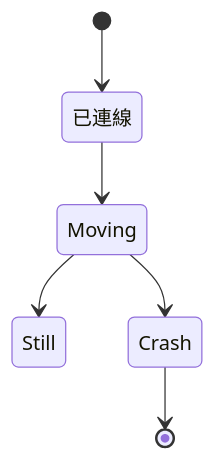
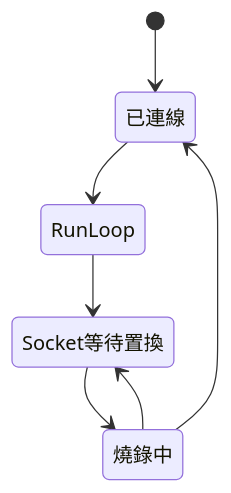
Before and after one commit to tomjpsun/obsidianVaults: the diagram in 專案/DM9051A OTP 燒錄專案/Production 規劃.md, drawn with Mermaid.

Commit message:
vault backup: 2024-04-09 11:55:44
Affected files:
專案/DM9051A OTP 燒錄專案/Production 規劃.md

````diff
--- a/專案/DM9051A OTP 燒錄專案/Production 規劃.md
+++ b/專案/DM9051A OTP 燒錄專案/Production 規劃.md
@@ -141,9 +141,10 @@
 ```mermaid
 stateDiagram-v2
         [*] --> 已連線
-        已連線 --> Moving
-        Moving --> Still
-        Moving --> Crash
-        Crash --> [*]
+        已連線 --> RunLoop
+        RunLoop --> Socket等待置換
+        Socket等待置換 --> 燒錄中
+        燒錄中 --> Socket等待置換
+        燒錄中 --> 已連線
 
 ```
````
